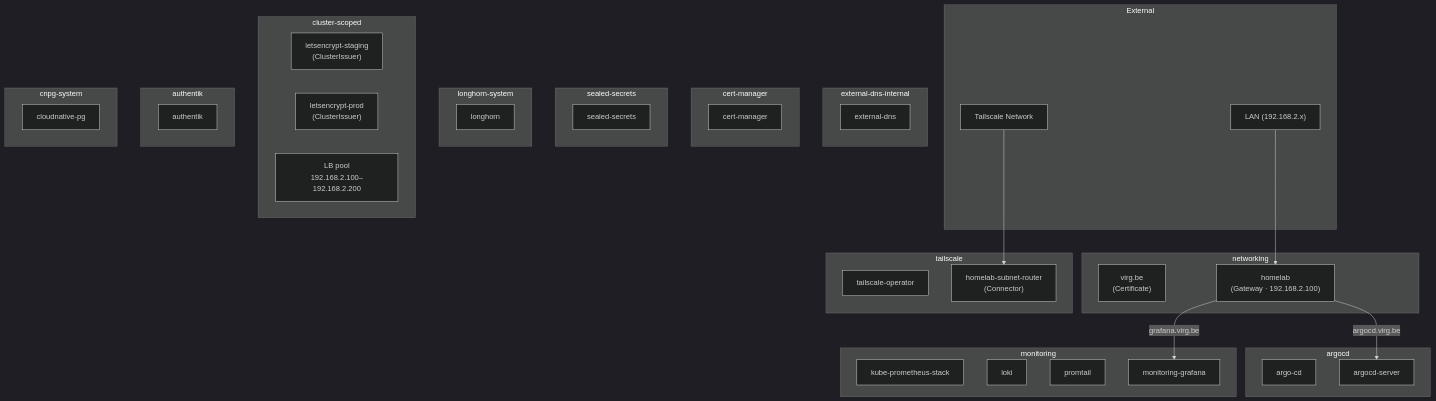
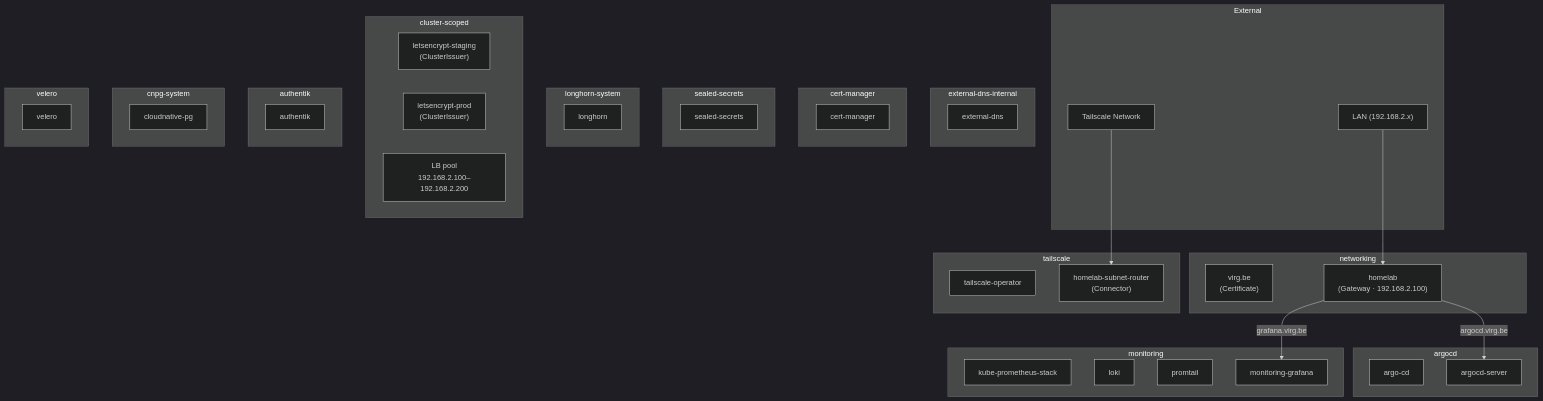
One commit to Virgil-Bulens/homelab changed the diagram in docs/cluster.md. Above: the diagram before and after it, drawn with Mermaid (dark theme).

Commit message:
docs: regenerate cluster diagram [skip ci]

````diff
--- a/docs/cluster.md
+++ b/docs/cluster.md
@@ -1,52 +1,55 @@
 ```mermaid
 flowchart TD
     subgraph external["External"]
         lan["LAN (192.168.2.x)"]
         ts_net["Tailscale Network"]
     end
     subgraph networking__ns["networking"]
         networking__virg_be_wildcard["virg.be\n(Certificate)"]
         networking__homelab["homelab\n(Gateway · 192.168.2.100)"]
     end
     subgraph argocd__ns["argocd"]
         argocd__argo_cd["argo-cd"]
         argocd__argocd_server["argocd-server"]
     end
     subgraph external_dns_internal__ns["external‑dns‑internal"]
         external_dns_internal__external_dns["external-dns"]
     end
     subgraph cert_manager__ns["cert‑manager"]
         cert_manager__cert_manager["cert-manager"]
     end
     subgraph sealed_secrets__ns["sealed‑secrets"]
         sealed_secrets__sealed_secrets["sealed-secrets"]
     end
     subgraph tailscale__ns["tailscale"]
         tailscale__tailscale_operator["tailscale-operator"]
         tailscale__homelab_subnet_router["homelab-subnet-router\n(Connector)"]
     end
     subgraph longhorn_system__ns["longhorn‑system"]
         longhorn_system__longhorn["longhorn"]
     end
     subgraph monitoring__ns["monitoring"]
         monitoring__kube_prometheus_stack["kube-prometheus-stack"]
         monitoring__loki["loki"]
         monitoring__promtail["promtail"]
         monitoring__monitoring_grafana["monitoring-grafana"]
     end
     subgraph cluster_scoped__ns["cluster‑scoped"]
         cluster_scoped__letsencrypt_staging["letsencrypt-staging\n(ClusterIssuer)"]
         cluster_scoped__letsencrypt_prod["letsencrypt-prod\n(ClusterIssuer)"]
         cluster_scoped__homelab_pool["LB pool\n192.168.2.100–192.168.2.200"]
     end
     subgraph authentik__ns["authentik"]
         authentik__authentik["authentik"]
     end
     subgraph cnpg_system__ns["cnpg‑system"]
         cnpg_system__cloudnative_pg["cloudnative-pg"]
     end
+    subgraph velero__ns["velero"]
+        velero__velero["velero"]
+    end
     lan --> networking__homelab
     ts_net --> tailscale__homelab_subnet_router
     networking__homelab -->|"argocd.virg.be"| argocd__argocd_server
     networking__homelab -->|"grafana.virg.be"| monitoring__monitoring_grafana
 ```
````
